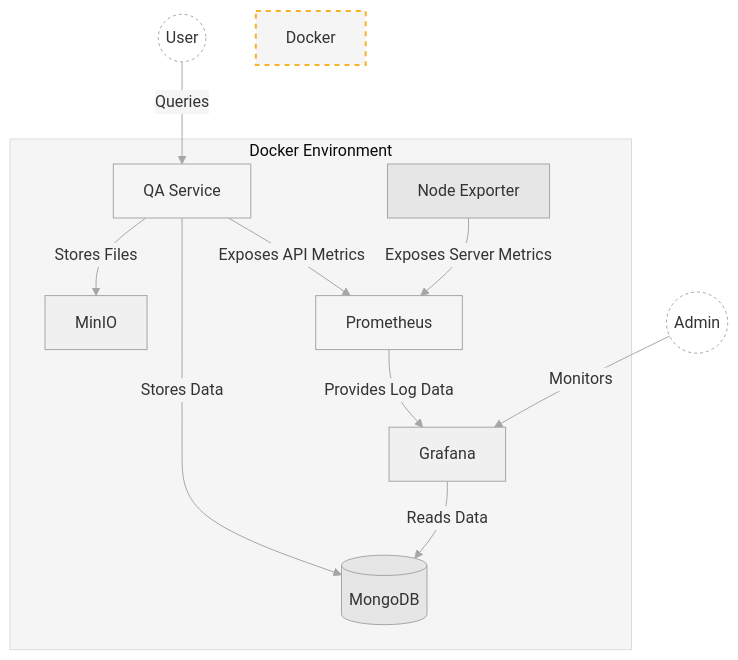
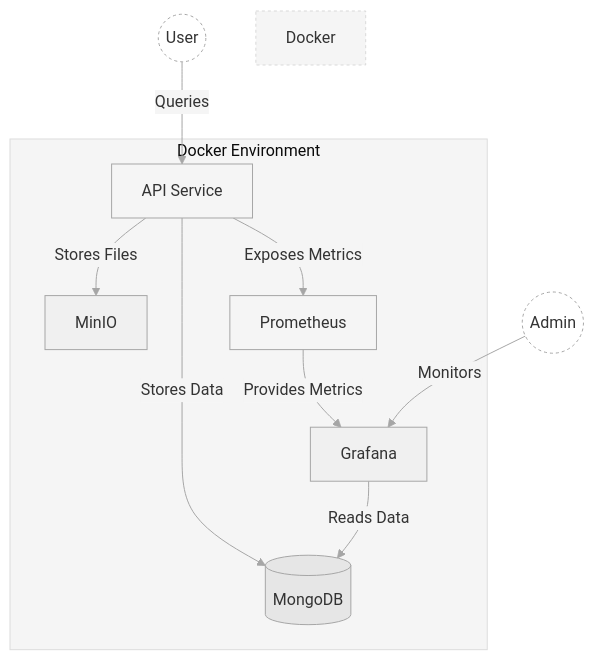
The diagram in ml_api/README.md (omrylcn/py-cellar), drawn with Mermaid before and after one commit. The commit also changed other lines of this file, not shown here.

````diff
--- a/ml_api/README.md
+++ b/ml_api/README.md
@@ -59,45 +30,38 @@
 ```mermaid
-
 %%{init: {'theme': 'base', 'themeVariables': { 'primaryColor': '#f5f5f5', 'primaryTextColor': '#333', 'primaryBorderColor': '#a6a6a6', 'lineColor': '#a6a6a6', 'secondaryColor': '#f5f5f5', 'tertiaryColor': '#f5f5f5'}}}%%
-
 graph TD
     User((User))
     Admin((Admin))
     
     subgraph "Docker Environment"
-        QAS[QA Service]
+        API[API Service]
         MDB[(MongoDB)]
         MIO[MinIO]
         PROM[Prometheus]
-        NODE[Node Exporter]
         GF[Grafana]
         
-        QAS -->|Stores Data| MDB
-        QAS -->|Stores Files| MIO
-        QAS -->|Exposes API Metrics| PROM
-        NODE -->|Exposes Server Metrics| PROM
-        PROM -->|Provides Log Data| GF
+        API -->|Stores Data| MDB
+        API -->|Stores Files| MIO
+        API -->|Exposes Metrics| PROM
+        PROM -->|Provides Metrics| GF
         GF -->|Reads Data| MDB
     end
     
-    User -->|Queries| QAS
+    User -->|Queries| API
     Admin -->|Monitors| GF
     
     classDef default fill:#f5f5f5,stroke:#a6a6a6,stroke-width:1px;
     classDef database fill:#e6e6e6,stroke:#a6a6a6,stroke-width:1px;
     classDef storage fill:#f0f0f0,stroke:#a6a6a6,stroke-width:1px;
     classDef monitoring fill:#fafafa,stroke:#a6a6a6,stroke-width:1px;
-    classDef metrics fill:#e6e6e6,stroke:#a6a6a6,stroke-width:1px;
     classDef visualization fill:#f0f0f0,stroke:#a6a6a6,stroke-width:1px;
     classDef user fill:#ffffff,stroke:#a6a6a6,stroke-width:1px,stroke-dasharray: 3 3;
     
-    class QAS,PROM default;
+    class API,PROM default;
     class MDB database;
     class MIO storage;
-    class NODE metrics;
     class GF visualization;
     class User,Admin user;
     
-    style Docker Environment fill:#ffffff,stroke:#d9d9d9,stroke-width:1px,stroke-dasharray: 3 3l:#1a1a1a,stroke:#F8B229,stroke-width:2px,stroke-dasharray: 5 5
-
+    style Docker Environment fill:#ffffff,stroke:#d9d9d9,stroke-width:1px,stroke-dasharray: 3 3
 ```
````
